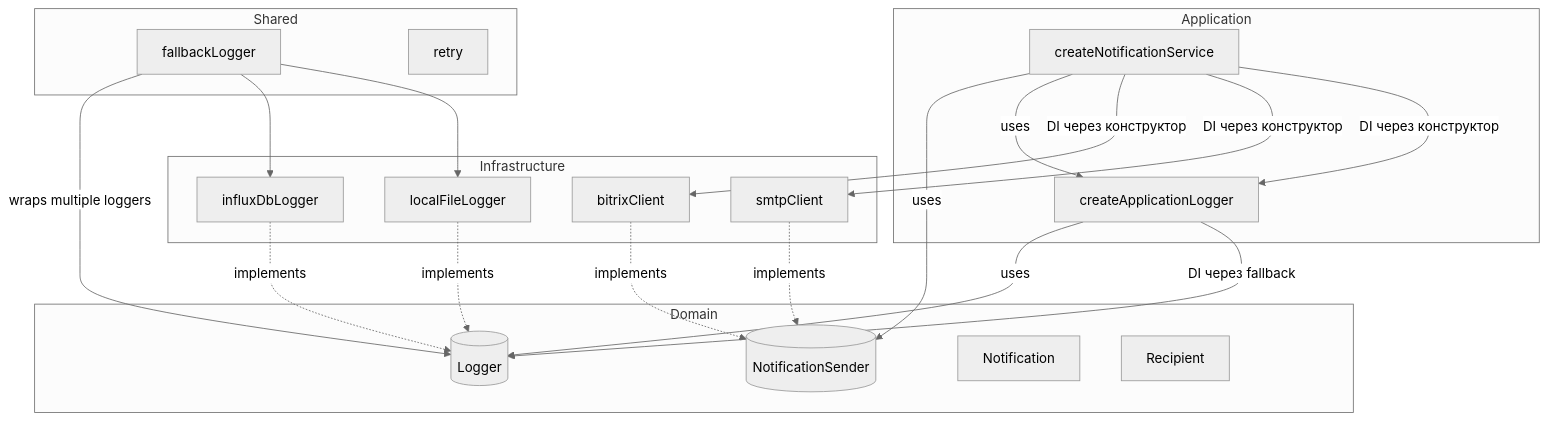
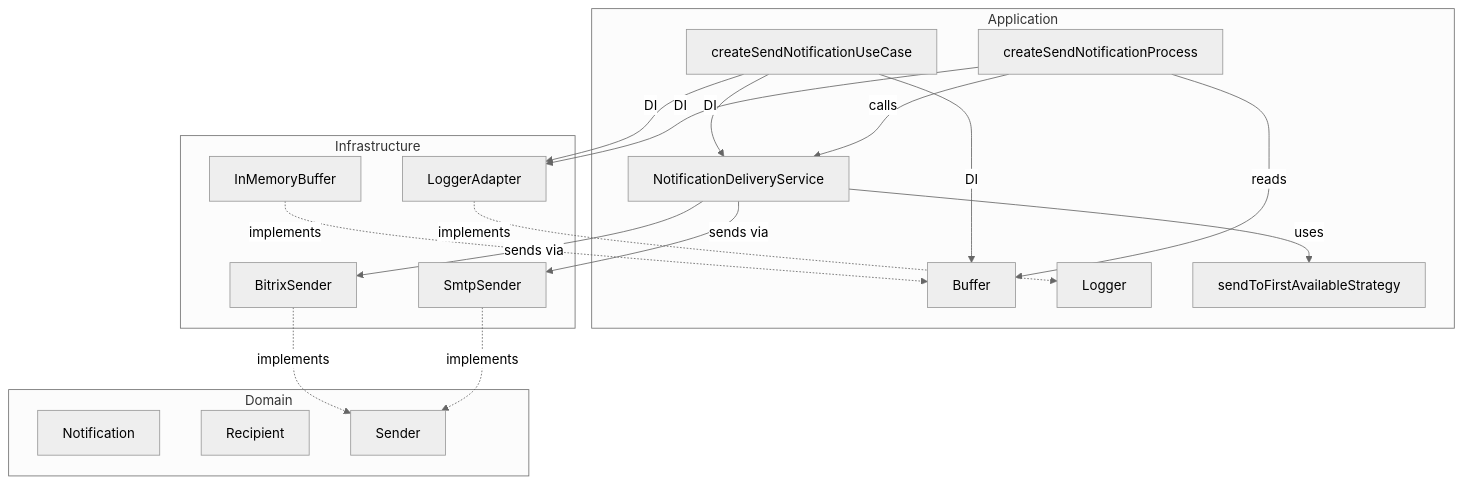
The second of 2 diagrams in docs/architecture/architecture.md (andreyantropov/notification-service), drawn with Mermaid (neutral theme) before and after one commit. The commit also changed other lines of this file and 92 other files, not shown here.

````diff
--- a/docs/architecture/architecture.md
+++ b/docs/architecture/architecture.md
@@ -127,37 +129,39 @@
 ```mermaid
+
 graph TD
-    subgraph Domain
-        NotificationSender[(NotificationSender)]
-        Logger[(Logger)]
-        Notification[Notification]
-        Recipient[Recipient]
-    end
-    subgraph Application
-        NotificationService[createNotificationService]
-        NotificationLoggerClient[createApplicationLogger]
-    end
-    subgraph Infrastructure
-        BitrixClient[bitrixClient]
-        SmtpClient[smtpClient]
-        InfluxDbLogger[influxDbLogger]
-        LocalFileLogger[localFileLogger]
-    end
-    subgraph Shared
-        FallbackLogger[fallbackLogger]
-        Retry[retry]
-    end
-    NotificationLoggerClient -->|uses| Logger
-    NotificationService -->|uses| NotificationSender
-    NotificationService -->|uses| NotificationLoggerClient
-    BitrixClient -.->|implements| NotificationSender
-    SmtpClient -.->|implements| NotificationSender
-    InfluxDbLogger -.->|implements| Logger
-    LocalFileLogger -.->|implements| Logger
-    FallbackLogger -->|wraps multiple loggers| Logger
-    FallbackLogger --> InfluxDbLogger
-    FallbackLogger --> LocalFileLogger
-    NotificationService -->|DI через конструктор| BitrixClient
-    NotificationService -->|DI через конструктор| SmtpClient
-    NotificationService -->|DI через конструктор| NotificationLoggerClient
-    NotificationLoggerClient -->|DI через fallback| Logger
+  subgraph Domain
+    Notification[Notification]
+    Recipient[Recipient]
+    Sender[Sender]
+  end
+
+  subgraph Application
+    Buffer[Buffer<Notification>]
+    Logger[Logger]
+    DeliveryService[NotificationDeliveryService]
+    UseCase[createSendNotificationUseCase]
+    Process[createSendNotificationProcess]
+    Strategy[sendToFirstAvailableStrategy]
+  end
+
+  subgraph Infrastructure
+    BufferImpl[InMemoryBuffer]
+    BitrixSender[BitrixSender]
+    SmtpSender[SmtpSender]
+    LoggerAdapter[LoggerAdapter]
+  end
+
+  UseCase -->|DI| Buffer
+  UseCase -->|DI| DeliveryService
+  UseCase -->|DI| LoggerAdapter
+  Process -->|reads| Buffer
+  Process -->|calls| DeliveryService
+  Process -->|DI| LoggerAdapter
+  DeliveryService -->|uses| Strategy
+  DeliveryService -->|sends via| BitrixSender
+  DeliveryService -->|sends via| SmtpSender
+  BufferImpl -.->|implements| Buffer
+  BitrixSender -.->|implements| Sender
+  SmtpSender -.->|implements| Sender
+  LoggerAdapter -.->|implements| Logger
 ```
````
